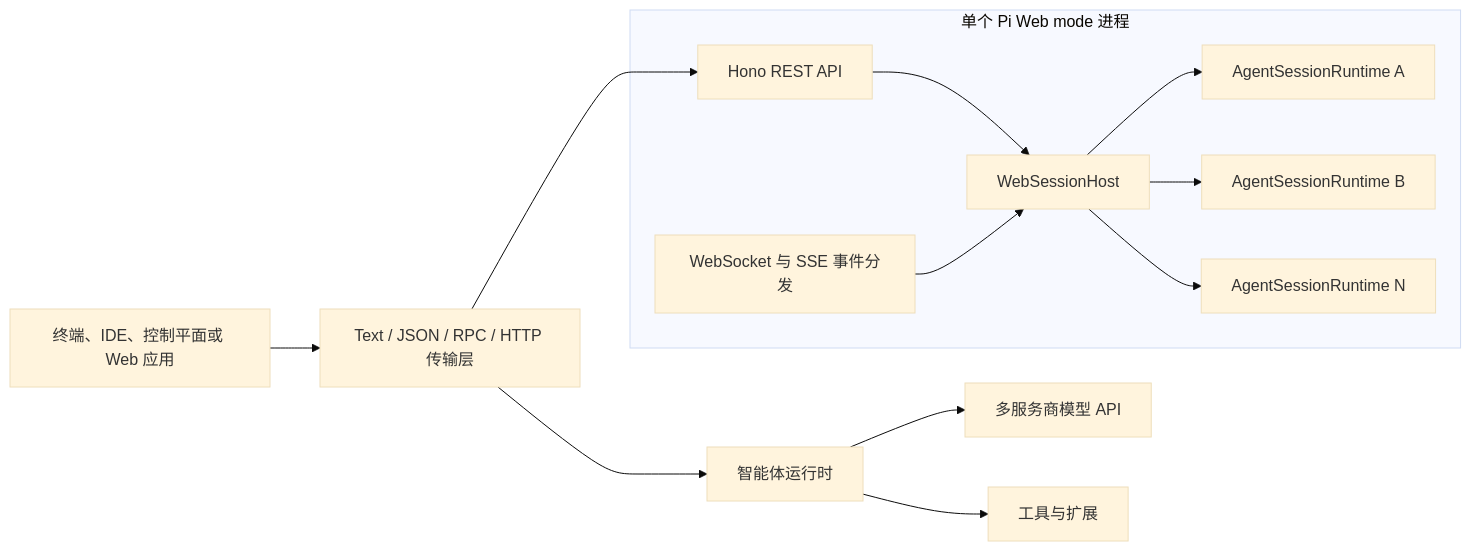
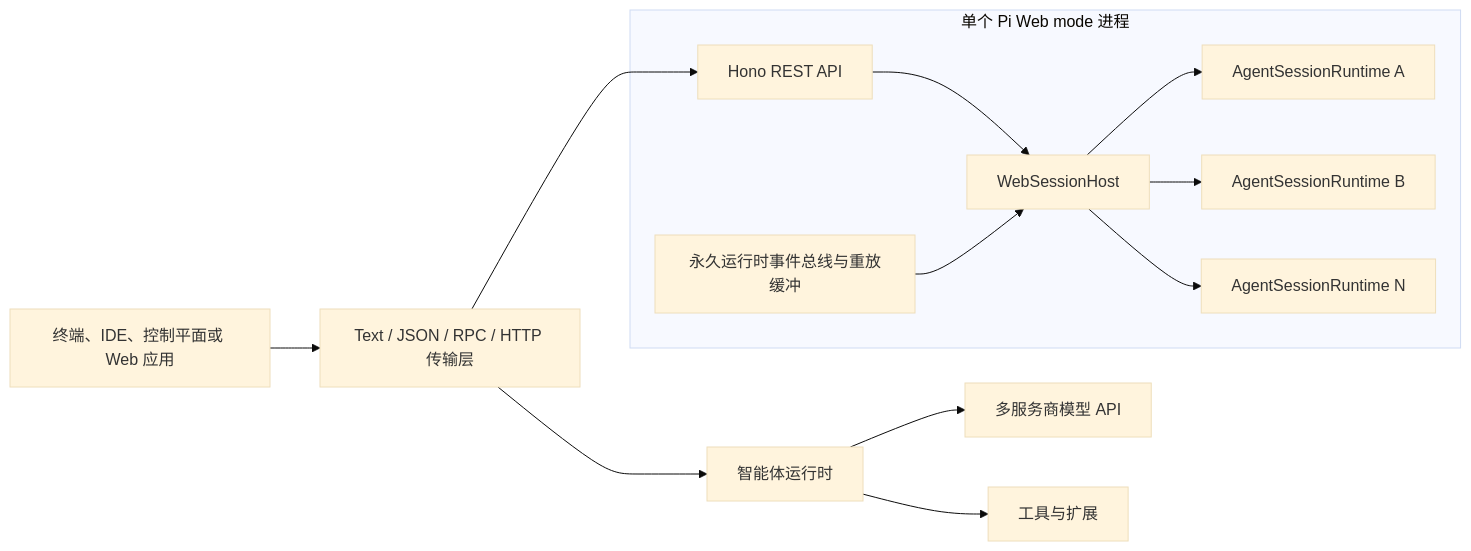
The diagram in README.zh-CN.md (Garhorne0813/pi-orbit), drawn with Mermaid (base theme) before and after one commit. The commit also changed other lines of this file and 12 other files, not shown here.

````diff
--- a/README.zh-CN.md
+++ b/README.zh-CN.md
@@ -211,23 +255,23 @@
 ```mermaid
 flowchart LR
     UI["终端、IDE、控制平面或 Web 应用"] --> T["Text / JSON / RPC / HTTP 传输层"]
     T --> CORE["智能体运行时"]
     CORE --> AI["多服务商模型 API"]
     CORE --> TOOLS["工具与扩展"]
 
     subgraph WEB["单个 Pi Web mode 进程"]
         API["Hono REST API"]
-        EVENTS["WebSocket 与 SSE 事件分发"]
+        EVENTS["永久运行时事件总线与重放缓冲"]
         HOST["WebSessionHost"]
         S1["AgentSessionRuntime A"]
         S2["AgentSessionRuntime B"]
         SN["AgentSessionRuntime N"]
         API --> HOST
         EVENTS --> HOST
         HOST --> S1
         HOST --> S2
         HOST --> SN
     end
 
     T --> API
 ```
````
